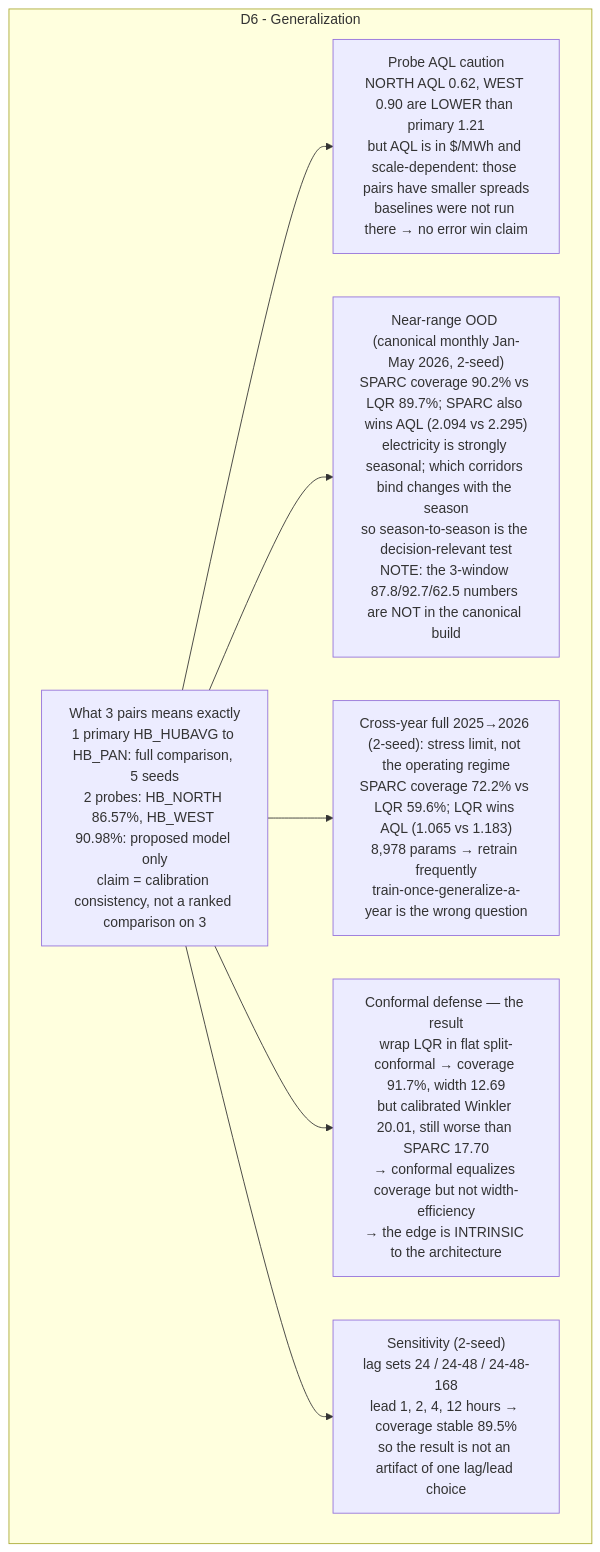
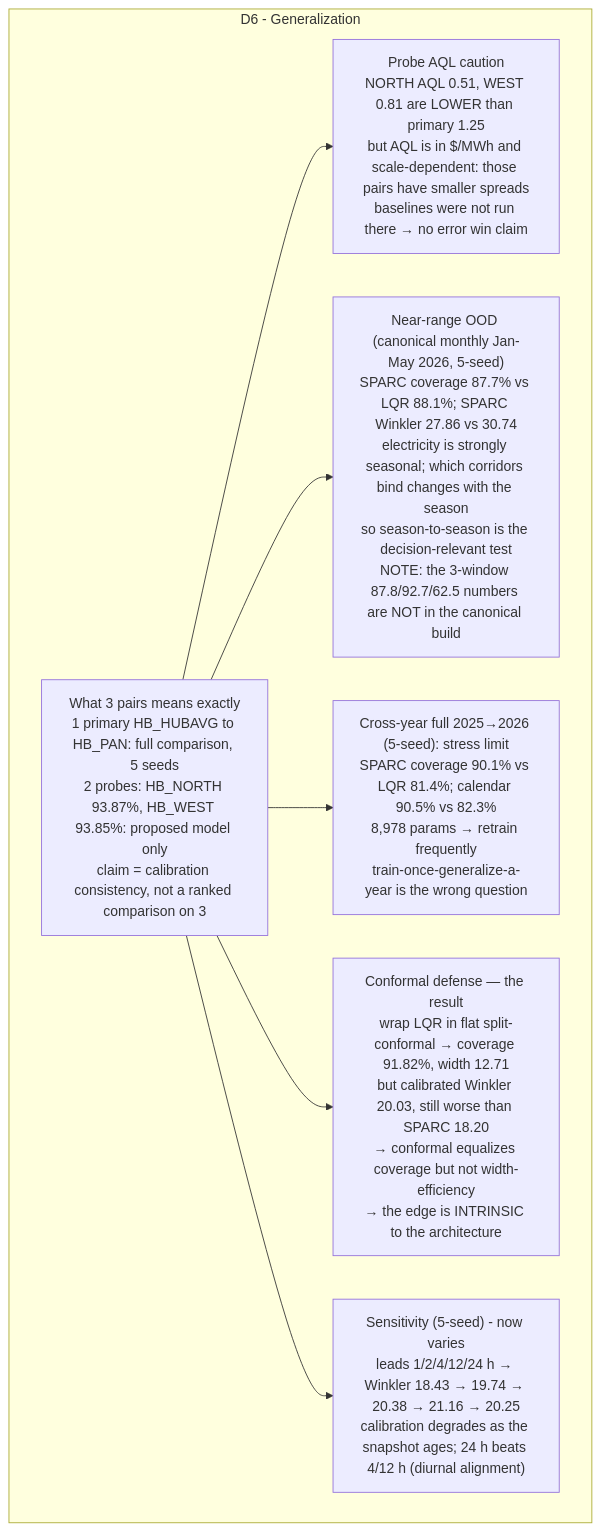
Before and after one commit to L1ZLe/ercot-casp-paper: the diagram in docs/explanation/07-sparc-full-07-G_D6.mmd, drawn with Mermaid. The commit also changed 41 other files, not shown here.

```diff
--- a/docs/explanation/07-sparc-full-07-G_D6.mmd
+++ b/docs/explanation/07-sparc-full-07-G_D6.mmd
@@ -1,9 +1,9 @@
 flowchart TD
 subgraph G_D6["D6 - Generalization"]
-    PAIRS["What 3 pairs means exactly<br/>1 primary HB_HUBAVG to HB_PAN: full comparison, 5 seeds<br/>2 probes: HB_NORTH 86.57%, HB_WEST 90.98%: proposed model only<br/>claim = calibration consistency, not a ranked comparison on 3"]
-    PAIRS --> SCOPENOTE["Probe AQL caution<br/>NORTH AQL 0.62, WEST 0.90 are LOWER than primary 1.21<br/>but AQL is in $/MWh and scale-dependent: those pairs have smaller spreads<br/>baselines were not run there → no error win claim"]
-    PAIRS --> SEAS["Near-range OOD (canonical monthly Jan-May 2026, 2-seed)<br/>SPARC coverage 90.2% vs LQR 89.7%; SPARC also wins AQL (2.094 vs 2.295)<br/>electricity is strongly seasonal; which corridors bind changes with the season<br/>so season-to-season is the decision-relevant test<br/>NOTE: the 3-window 87.8/92.7/62.5 numbers are NOT in the canonical build"]
-    PAIRS --> XY["Cross-year full 2025→2026 (2-seed): stress limit, not the operating regime<br/>SPARC coverage 72.2% vs LQR 59.6%; LQR wins AQL (1.065 vs 1.183)<br/>8,978 params → retrain frequently<br/>train-once-generalize-a-year is the wrong question"]
-    PAIRS --> CONF["Conformal defense — the result<br/>wrap LQR in flat split-conformal → coverage 91.7%, width 12.69<br/>but calibrated Winkler 20.01, still worse than SPARC 17.70<br/>→ conformal equalizes coverage but not width-efficiency<br/>→ the edge is INTRINSIC to the architecture"]
-    PAIRS --> SENS["Sensitivity (2-seed)<br/>lag sets 24 / 24-48 / 24-48-168<br/>lead 1, 2, 4, 12 hours → coverage stable 89.5%<br/>so the result is not an artifact of one lag/lead choice"]
+    PAIRS["What 3 pairs means exactly<br/>1 primary HB_HUBAVG to HB_PAN: full comparison, 5 seeds<br/>2 probes: HB_NORTH 93.87%, HB_WEST 93.85%: proposed model only<br/>claim = calibration consistency, not a ranked comparison on 3"]
+    PAIRS --> SCOPENOTE["Probe AQL caution<br/>NORTH AQL 0.51, WEST 0.81 are LOWER than primary 1.25<br/>but AQL is in $/MWh and scale-dependent: those pairs have smaller spreads<br/>baselines were not run there → no error win claim"]
+    PAIRS --> SEAS["Near-range OOD (canonical monthly Jan-May 2026, 5-seed)<br/>SPARC coverage 87.7% vs LQR 88.1%; SPARC Winkler 27.86 vs 30.74<br/>electricity is strongly seasonal; which corridors bind changes with the season<br/>so season-to-season is the decision-relevant test<br/>NOTE: the 3-window 87.8/92.7/62.5 numbers are NOT in the canonical build"]
+    PAIRS --> XY["Cross-year full 2025→2026 (5-seed): stress limit<br/>SPARC coverage 90.1% vs LQR 81.4%; calendar 90.5% vs 82.3%<br/>8,978 params → retrain frequently<br/>train-once-generalize-a-year is the wrong question"]
+    PAIRS --> CONF["Conformal defense — the result<br/>wrap LQR in flat split-conformal → coverage 91.82%, width 12.71<br/>but calibrated Winkler 20.03, still worse than SPARC 18.20<br/>→ conformal equalizes coverage but not width-efficiency<br/>→ the edge is INTRINSIC to the architecture"]
+    PAIRS --> SENS["Sensitivity (5-seed) - now varies<br/>leads 1/2/4/12/24 h → Winkler 18.43 → 19.74 → 20.38 → 21.16 → 20.25<br/>calibration degrades as the snapshot ages; 24 h beats 4/12 h (diurnal alignment)"]
   end
```
